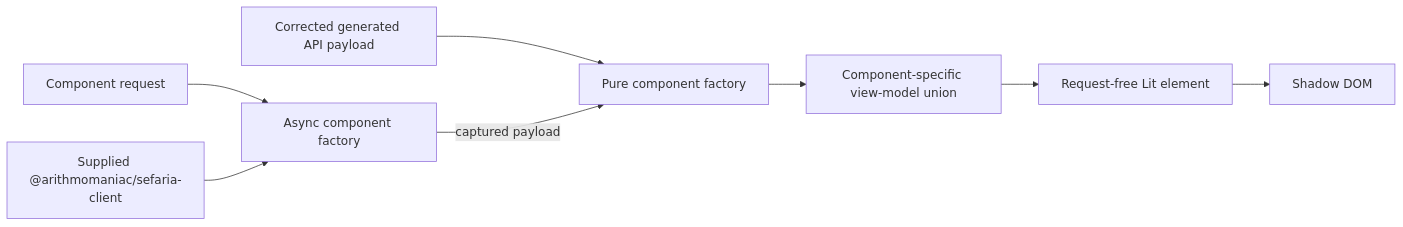
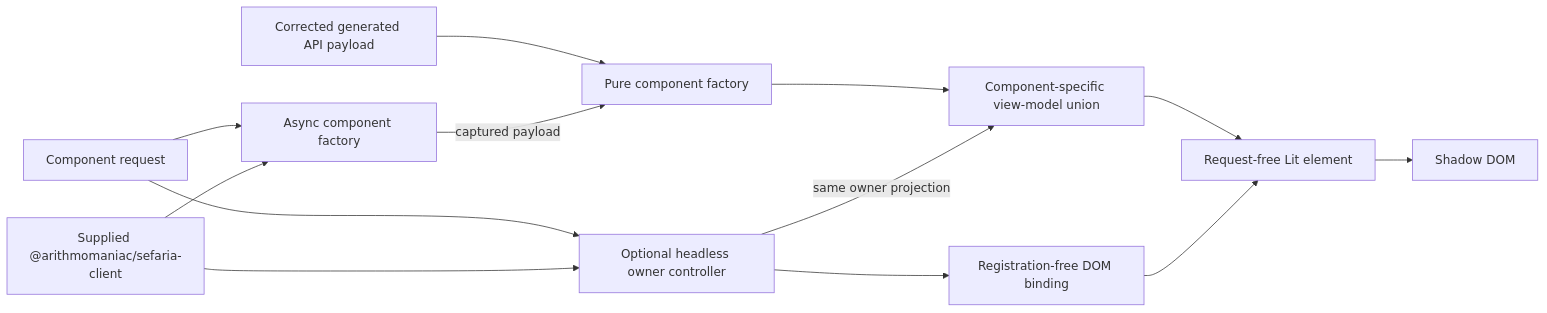
The first of 3 diagrams in docs/specs/components.md (Arithmomaniac/sefaria-frontend-toolkit), drawn with Mermaid before and after one commit. The commit also changed other lines of this file and 62 other files, not shown here.

````diff
--- a/docs/specs/components.md
+++ b/docs/specs/components.md
@@ -13,10 +13,15 @@
 ```mermaid
 flowchart LR
     PAYLOAD["Corrected generated API payload"] --> PURE["Pure component factory"]
     PURE --> VM["Component-specific view-model union"]
     VM --> ELEMENT["Request-free Lit element"]
     ELEMENT --> DOM["Shadow DOM"]
     REQUEST["Component request"] --> ASYNC["Async component factory"]
     CLIENT["Supplied @arithmomaniac/sefaria-client"] --> ASYNC
     ASYNC -->|"captured payload"| PURE
+    REQUEST --> CONTROLLER["Optional headless owner controller"]
+    CLIENT --> CONTROLLER
+    CONTROLLER -->|"same owner projection"| VM
+    CONTROLLER --> BINDING["Registration-free DOM binding"]
+    BINDING --> ELEMENT
 ```
````
